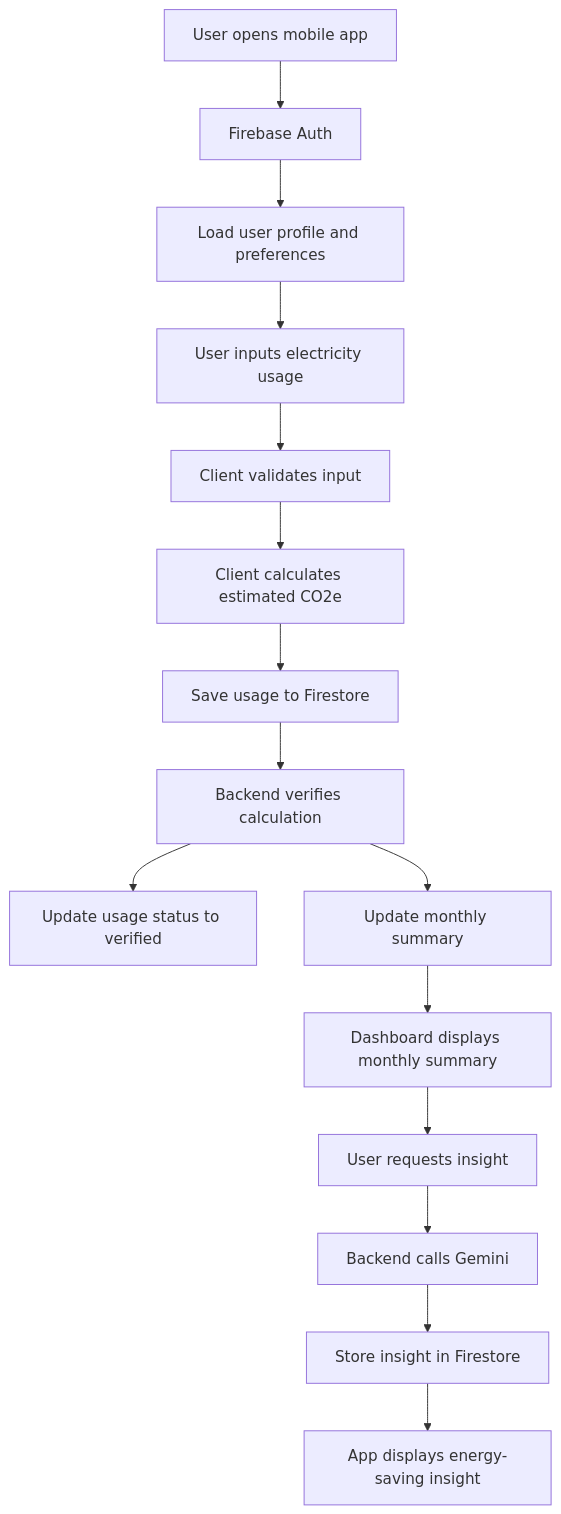
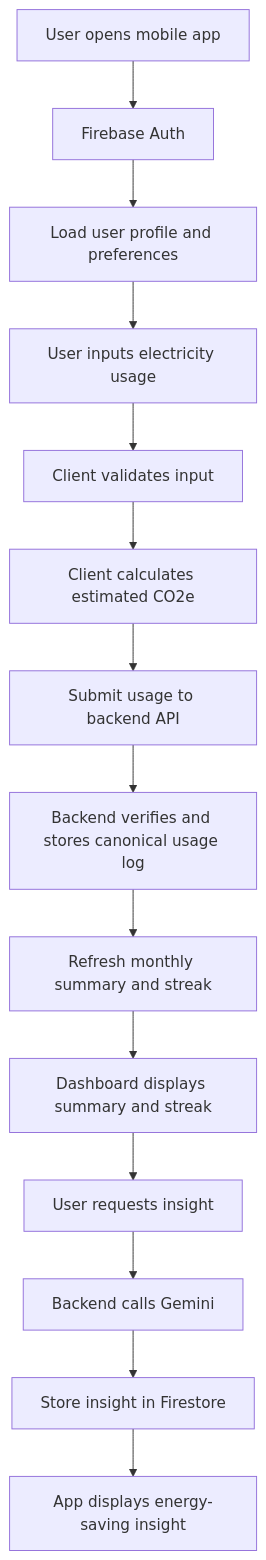
One commit to atalariq/nyalara changed the first of 2 diagrams in docs/PRD.md. Above: the diagram before and after it, drawn with Mermaid. The commit also changed other lines of this file and 6 other files, not shown here.

````diff
--- a/docs/PRD.md
+++ b/docs/PRD.md
@@ -1260,17 +1392,16 @@
 ```mermaid
 graph TD
     A[User opens mobile app] --> B[Firebase Auth]
     B --> C[Load user profile and preferences]
     C --> D[User inputs electricity usage]
     D --> E[Client validates input]
     E --> F[Client calculates estimated CO2e]
-    F --> G[Save usage to Firestore]
-    G --> H[Backend verifies calculation]
-    H --> I[Update usage status to verified]
-    H --> J[Update monthly summary]
-    J --> K[Dashboard displays monthly summary]
-    K --> L[User requests insight]
+    F --> G[Submit usage to backend API]
+    G --> H[Backend verifies and stores canonical usage log]
+    H --> I[Refresh monthly summary and streak]
+    I --> J[Dashboard displays summary and streak]
+    J --> L[User requests insight]
     L --> M[Backend calls Gemini]
     M --> N[Store insight in Firestore]
     N --> O[App displays energy-saving insight]
 ```
````
